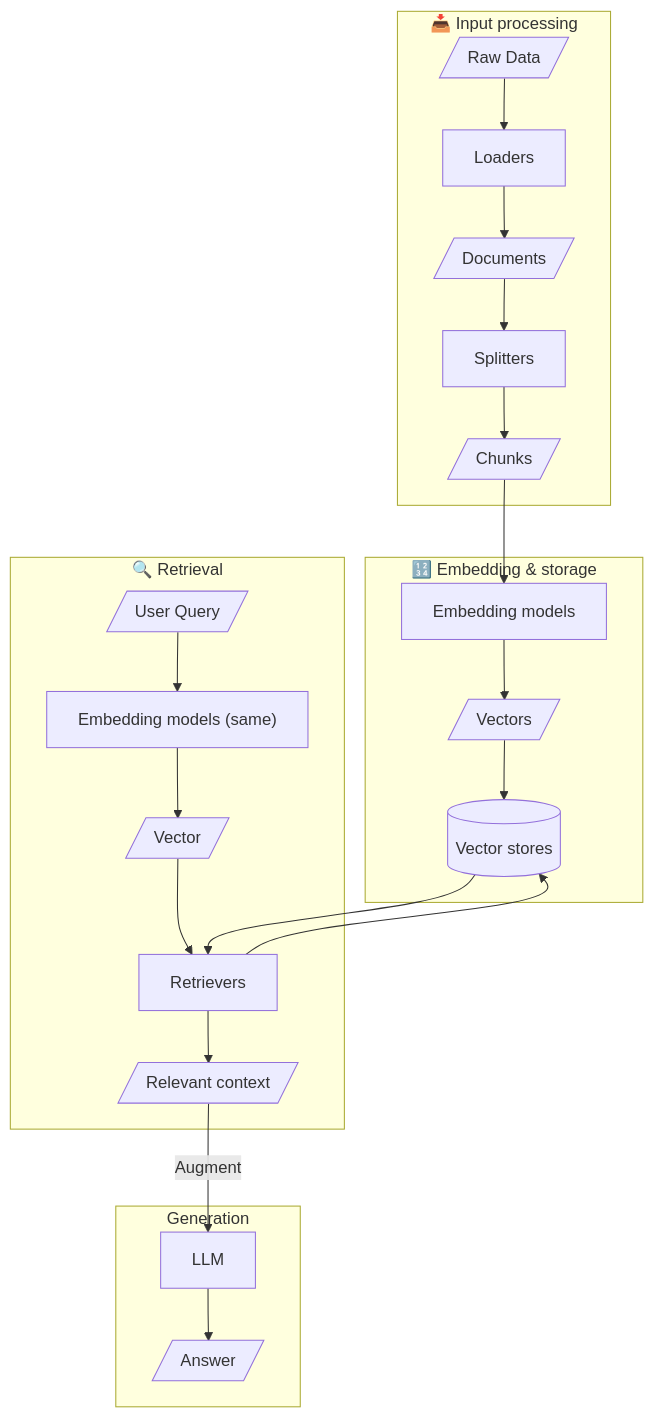
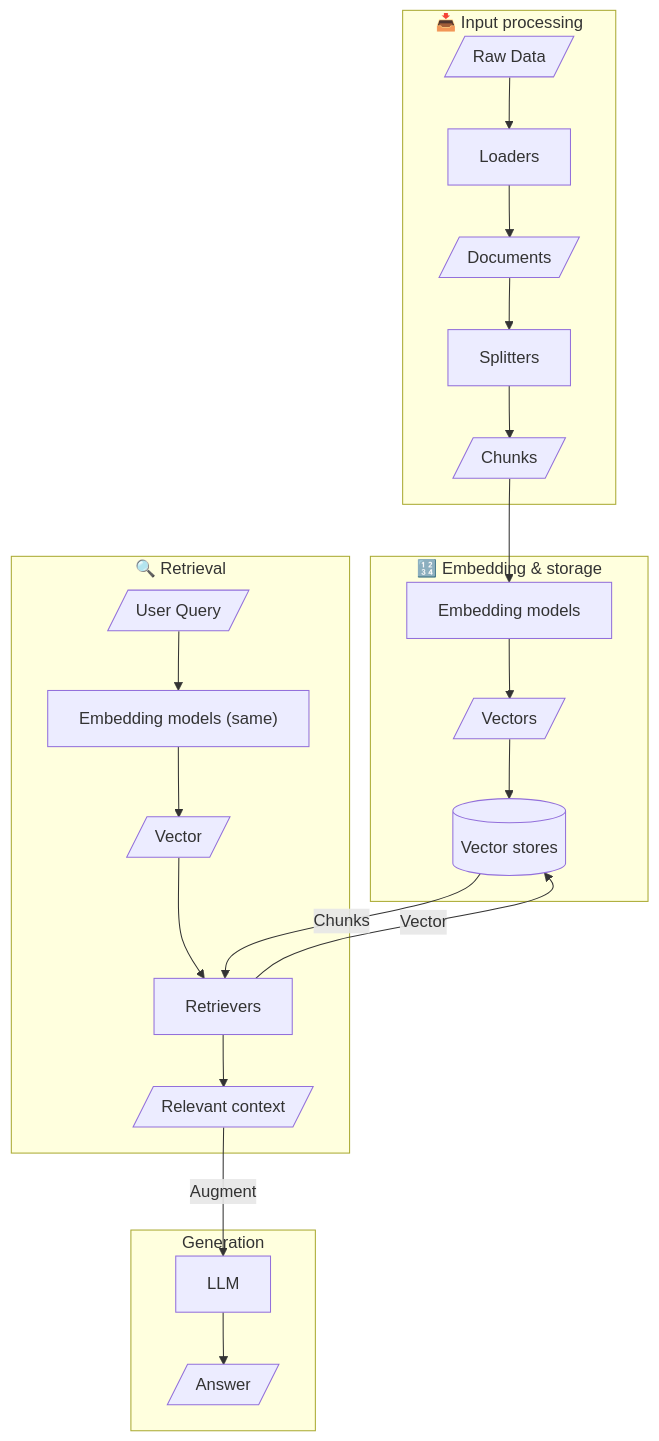
Before and after one commit to HassanAlgoz/agentic-ai-systems: the first of 9 diagrams in Lessons/L01/03_retrieval.qmd, drawn with Mermaid.

Commit message:
improve graphic

````diff
--- a/Lessons/L01/03_retrieval.qmd
+++ b/Lessons/L01/03_retrieval.qmd
@@ -30,33 +30,33 @@
 ```{mermaid}
 graph TD
     %% Input processing
     subgraph "📥 Input processing"
         A[/Raw Data/] --> B[Loaders]
         B --> B2[/Documents/]
         B2 --> C[Splitters]
         C --> D[/Chunks/]
     end
 
     %% Embedding & storage
     subgraph "🔢 Embedding & storage"
         D --> E[Embedding models]
         E --> F[/Vectors/]
         F --> G[(Vector stores)]
     end
 
     %% Retrieval
     subgraph "🔍 Retrieval"
         H[/User Query/] --> I["Embedding models (same)"]
         I --> J[/Vector/]
         J --> K[Retrievers]
-        K --> G
-        G --> K
+        K -- Vector --> G
+        G -- Chunks --> K
         K --> L[/Relevant context/]
     end
 
     %% Generation
     subgraph "Generation"
         L -- Augment --> O[LLM]
         O --> P[/Answer/]
     end
 ```
````
